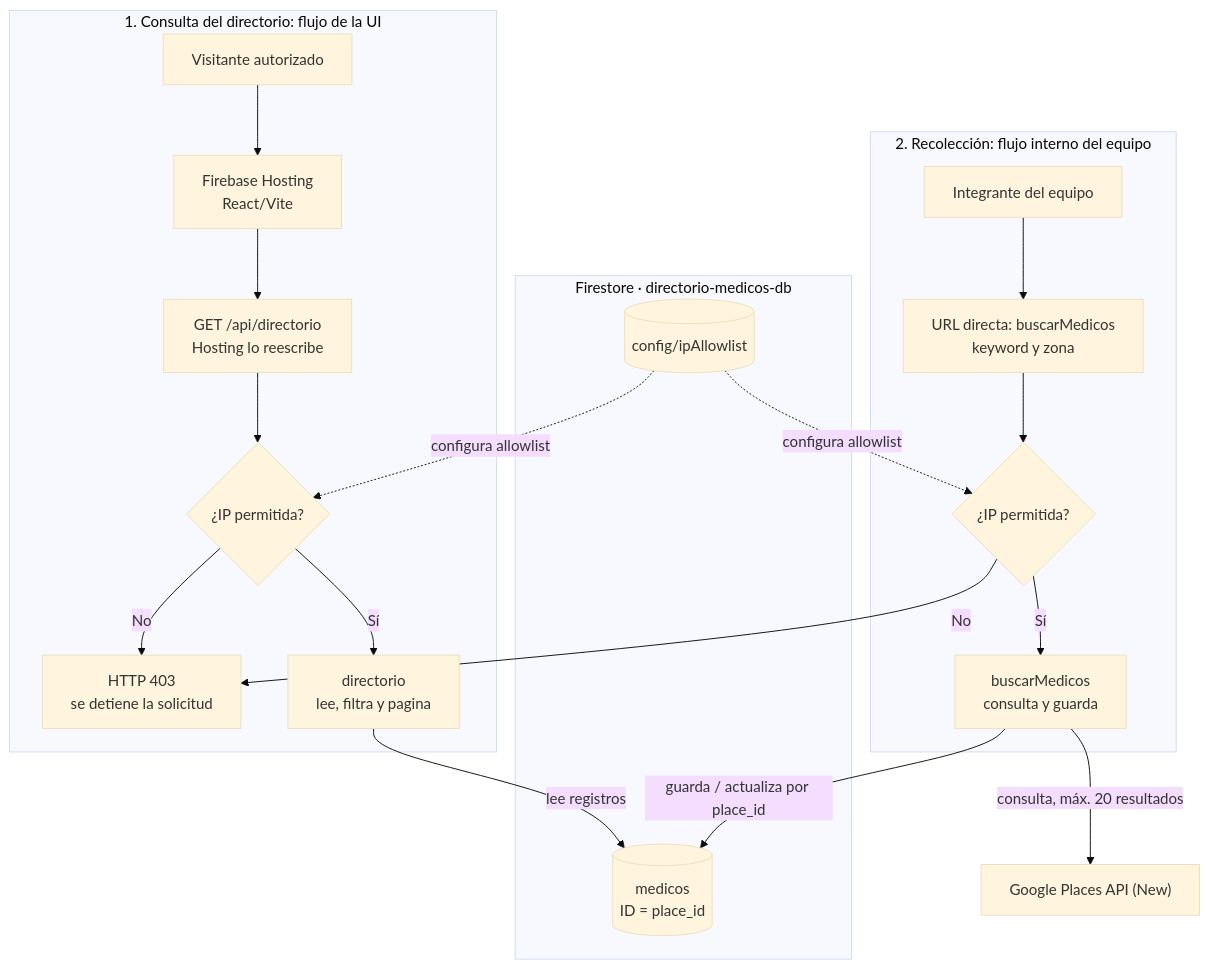
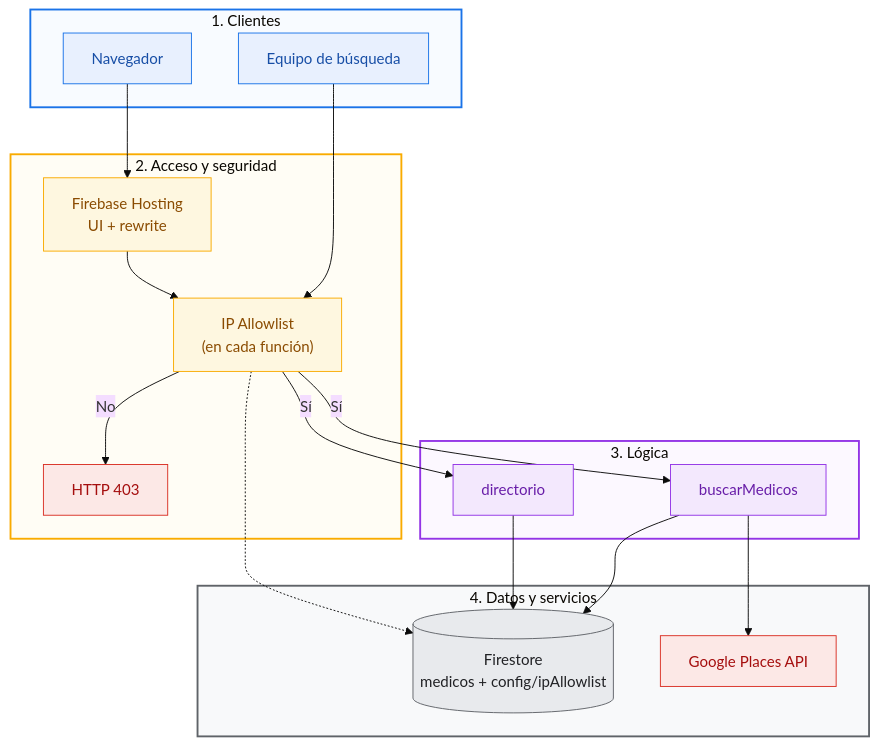
Before and after one commit to Rodrimansidub14/RAI-MSPAS: the diagram in docs/doc_final.md, drawn with Mermaid (base theme).

````diff
--- a/docs/doc_final.md
+++ b/docs/doc_final.md
@@ -19,40 +19,55 @@
 ```mermaid
 flowchart TB
-  denied["HTTP 403\nse detiene la solicitud"]
-
-  subgraph consulta["1. Consulta del directorio: flujo de la UI"]
-    navegador["Visitante autorizado"]
-    ui["Firebase Hosting\nReact/Vite"]
-    api["GET /api/directorio\nHosting lo reescribe"]
-    checkConsulta{"¿IP permitida?"}
-    directorio["directorio\nlee, filtra y pagina"]
-
-    navegador --> ui --> api --> checkConsulta
-    checkConsulta -->|"No"| denied
-    checkConsulta -->|"Sí"| directorio
+  subgraph clientes["1. Clientes"]
+    equipo["Equipo de búsqueda"]
+    navegador["Navegador"]
   end
 
-  subgraph recoleccion["2. Recolección: flujo interno del equipo"]
-    equipo["Integrante del equipo"]
-    solicitud["URL directa: buscarMedicos\nkeyword y zona"]
-    checkBusqueda{"¿IP permitida?"}
-    buscar["buscarMedicos\nconsulta y guarda"]
-
-    equipo --> solicitud --> checkBusqueda
-    checkBusqueda -->|"No"| denied
-    checkBusqueda -->|"Sí"| buscar
+  subgraph acceso["2. Acceso y seguridad"]
+    hosting["Firebase Hosting\nUI + rewrite"]
+    allowlist["IP Allowlist\n(en cada función)"]
+    denied["HTTP 403"]
   end
 
-  subgraph firestore["Firestore · directorio-medicos-db"]
-    config[("config/ipAllowlist")]
-    medicos[("medicos\nID = place_id")]
+  subgraph logica["3. Lógica"]
+    buscar["buscarMedicos"]
+    directorio["directorio"]
   end
 
-  places["Google Places API (New)"]
+  subgraph datos["4. Datos y servicios"]
+    firestore[("Firestore\nmedicos + config/ipAllowlist")]
+    places["Google Places API"]
+  end
 
-  config -.->|"configura allowlist"| checkConsulta
-  config -.->|"configura allowlist"| checkBusqueda
-  directorio -->|"lee registros"| medicos
-  buscar -->|"consulta, máx. 20 resultados"| places
-  buscar -->|"guarda / actualiza por place_id"| medicos
+  equipo --> allowlist
+  navegador --> hosting --> allowlist
+
+  allowlist -->|No| denied
+  allowlist -->|Sí| buscar
+  allowlist -->|Sí| directorio
+
+  buscar --> places
+  buscar --> firestore
+  directorio --> firestore
+  allowlist -.-> firestore
+
+  classDef client fill:#E8F0FE,stroke:#1A73E8,color:#174EA6
+  classDef access fill:#FEF7E0,stroke:#F9AB00,color:#8A4B00
+  classDef logic fill:#F3E8FD,stroke:#9334E6,color:#681DA8
+  classDef data fill:#E8EAED,stroke:#5F6368,color:#202124
+  classDef external fill:#FCE8E6,stroke:#D93025,color:#A50E0E
+  classDef error fill:#FCE8E6,stroke:#D93025,color:#A50E0E
+
+  class equipo,navegador client
+  class hosting,allowlist access
+  class buscar,directorio logic
+  class firestore data
+  class places external
+  class denied error
+
+  style clientes fill:#F8FBFF,stroke:#1A73E8,stroke-width:2px
+  style acceso fill:#FFFDF5,stroke:#F9AB00,stroke-width:2px
+  style logica fill:#FCF8FF,stroke:#9334E6,stroke-width:2px
+  style datos fill:#F8F9FA,stroke:#5F6368,stroke-width:2px
+
 ```
````
